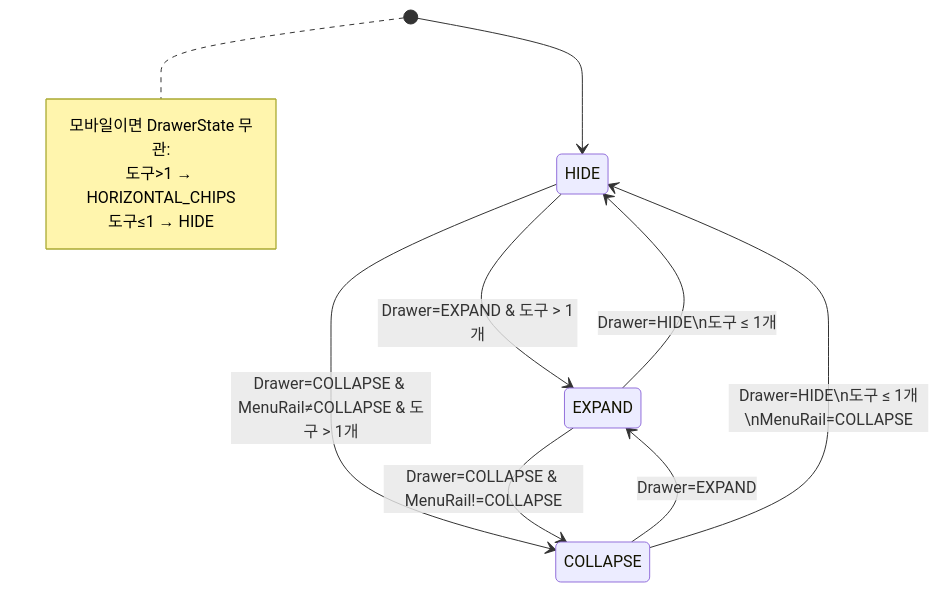
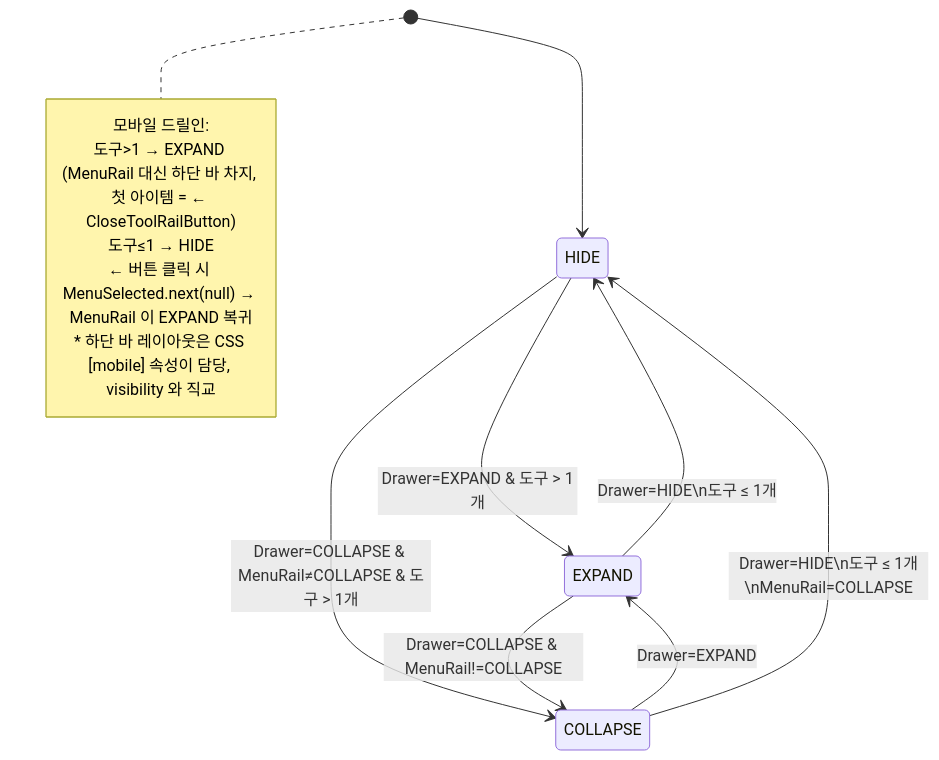
The fourth of 5 diagrams in shell-ui/README.md (sayaya1090/handbook), drawn with Mermaid before and after one commit. The commit also changed other lines of this file and 15 other files, not shown here.

First line of the commit message:
refactor(shell-ui): rail 상태를 visibility × [mobile] 두 축으로 분리

````diff
--- a/shell-ui/README.md
+++ b/shell-ui/README.md
@@ -137,15 +138,17 @@
 ```mermaid
 stateDiagram-v2
     [*] --> HIDE
     HIDE --> EXPAND : Drawer=EXPAND & 도구 > 1개
     HIDE --> COLLAPSE : Drawer=COLLAPSE & MenuRail≠COLLAPSE & 도구 > 1개
     EXPAND --> HIDE : Drawer=HIDE\n도구 ≤ 1개
     EXPAND --> COLLAPSE : Drawer=COLLAPSE & MenuRail!=COLLAPSE
     COLLAPSE --> EXPAND : Drawer=EXPAND
     COLLAPSE --> HIDE : Drawer=HIDE\n도구 ≤ 1개\nMenuRail=COLLAPSE
     note right of [*]
-      모바일이면 DrawerState 무관:
-      도구>1 → HORIZONTAL_CHIPS
+      모바일 드릴인:
+      도구>1 → EXPAND (MenuRail 대신 하단 바 차지, 첫 아이템 = ← CloseToolRailButton)
       도구≤1 → HIDE
+      ← 버튼 클릭 시 MenuSelected.next(null) → MenuRail 이 EXPAND 복귀
+      * 하단 바 레이아웃은 CSS [mobile] 속성이 담당, visibility 와 직교
     end note
 ```
````
